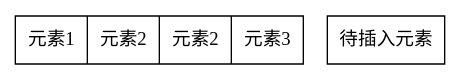
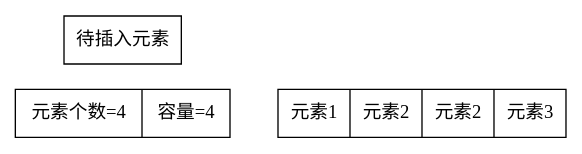
One commit to xavierwoo/data_structrues_notes changed the seventh of 31 diagrams in src/第一章-线性结构.md. Above: the diagram before and after it, drawn with Graphviz. The commit also changed other lines of this file and 1 other file, not shown here.

````diff
--- a/src/第一章-线性结构.md
+++ b/src/第一章-线性结构.md
@@ -82,7 +188,11 @@
 ```dot
 digraph G{
+    rankdir=LR
     node [shape = record]
-    A [label = "元素1|元素2|元素2|元素3"];
+    H[label="{元素个数=4 | 容量=4}"]
+    A [label = "{元素1|元素2|元素2|元素3  }"];
+
+    H -> A[weight=10 style=invis]
     B[label="待插入元素"]
 }
 ```
````
